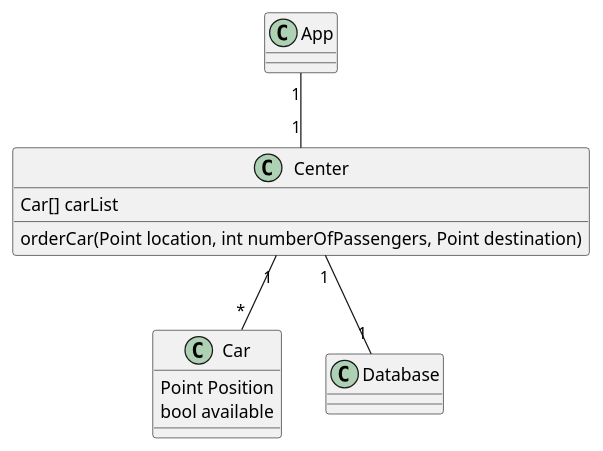
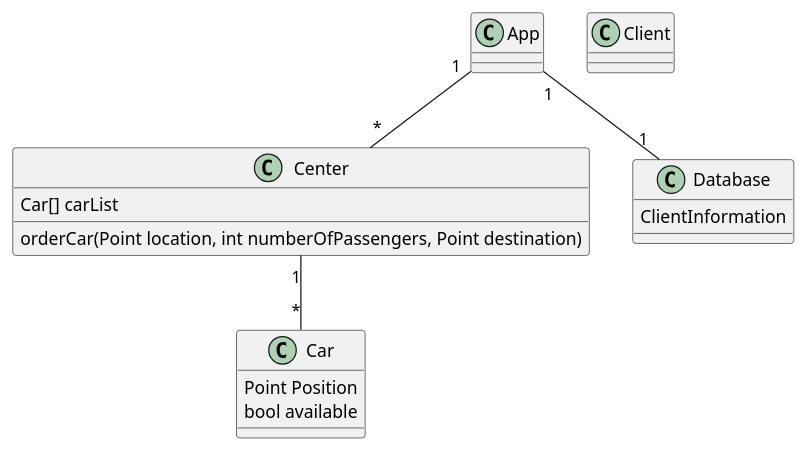
The diagram in Diagrams/classDiagram.org (TwanSchoonen/Networking2018), drawn with PlantUML before and after one commit. The commit also changed 2 other files, not shown here.

```diff
--- a/Diagrams/classDiagram.org
+++ b/Diagrams/classDiagram.org
@@ -1,29 +1,33 @@
 #+begin_src plantuml :file classDiagram.png
 @startuml
 class Car {
   Point Position
   bool available
   
 }
 
 class Center {
   Car[] carList
+
   orderCar(Point location, int numberOfPassengers, Point destination)
 
 }
 
 class App {
+}
+
+class Database {
+  ClientInformation
+}
+
+class Client {
 
 }
 
-class Database {
-
-}
-
-App "1" -- "1" Center
+App "1" -- "*" Center
 Center "1" -- "*" Car
-Center "1" -- "1" Database
+App "1" -- "1" Database
 
 
 @enduml
 #+END_SRC
```
